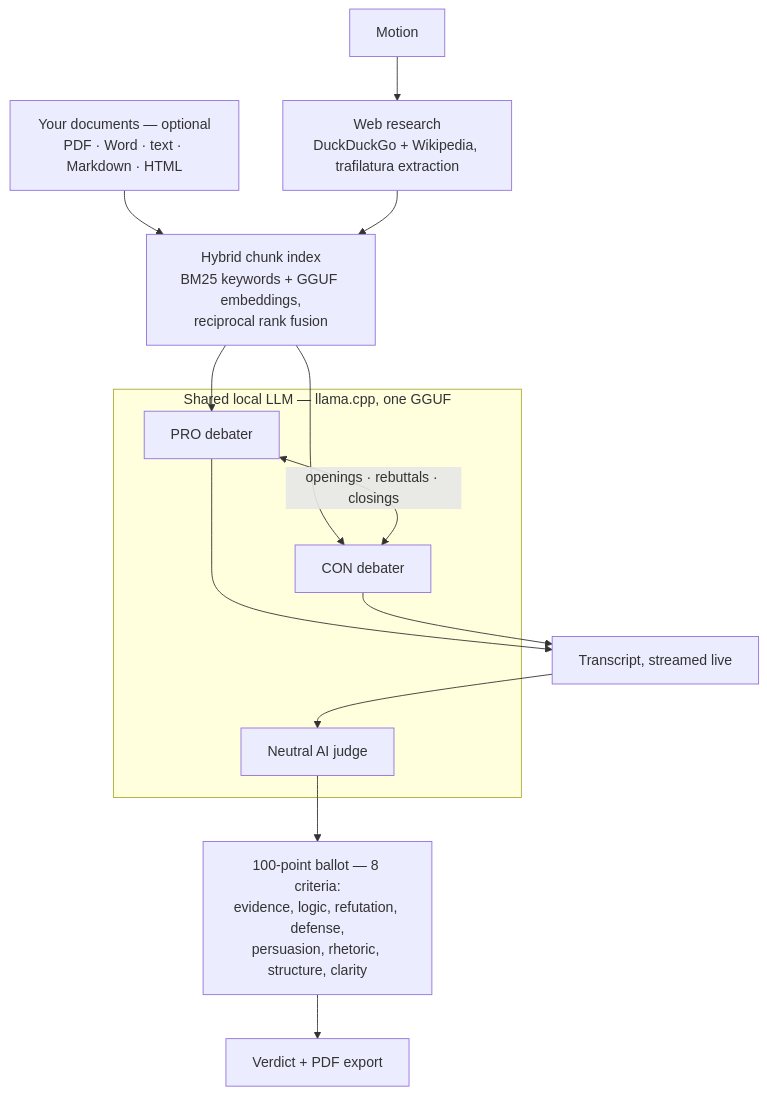
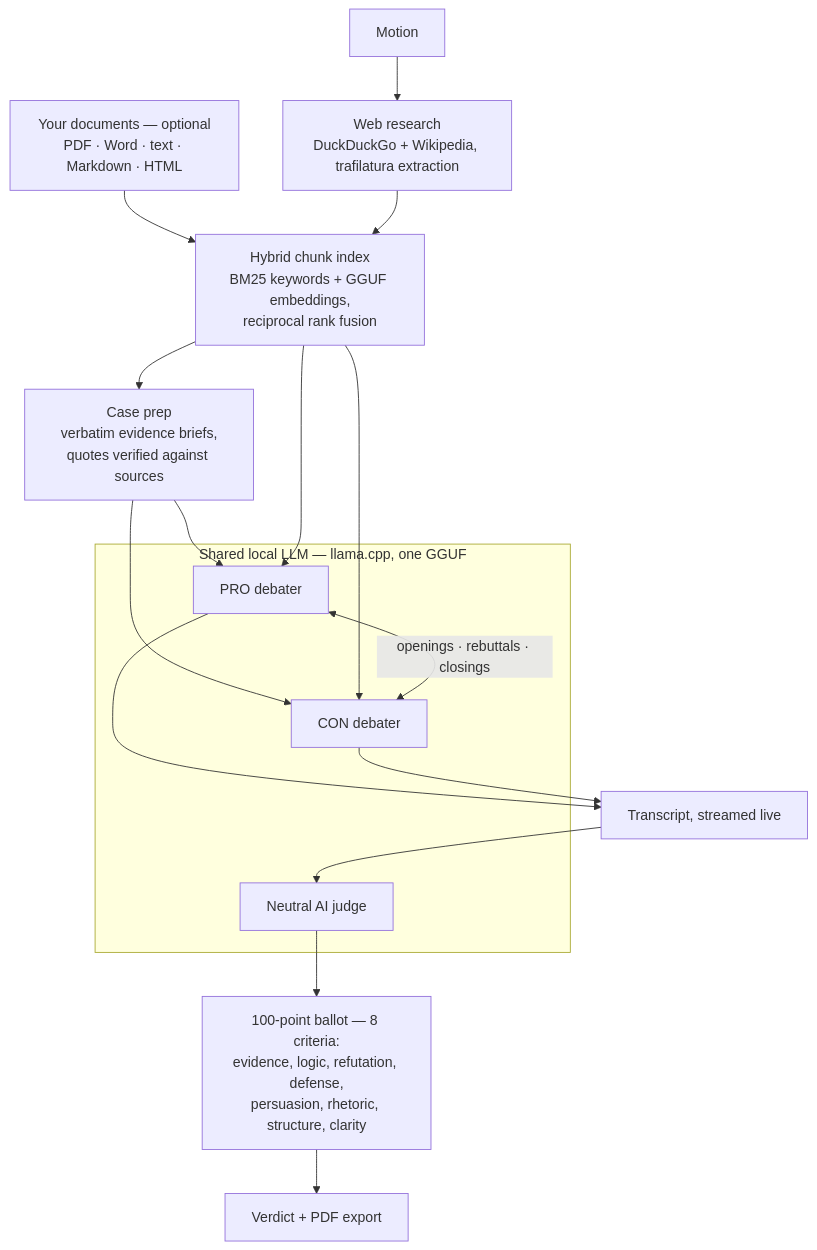
One commit to dannyblaker/AI-debate-arena changed the diagram in README.md. Above: the diagram before and after it, drawn with Mermaid. The commit also changed other lines of this file and 8 other files, not shown here.

````diff
--- a/README.md
+++ b/README.md
@@ -24,19 +24,22 @@
 ```mermaid
 flowchart TD
     topic["Motion"] --> research["Web research<br/>DuckDuckGo + Wikipedia, trafilatura extraction"]
     docs["Your documents — optional<br/>PDF · Word · text · Markdown · HTML"] --> index
     research --> index["Hybrid chunk index<br/>BM25 keywords + GGUF embeddings,<br/>reciprocal rank fusion"]
+    index --> briefs["Case prep<br/>verbatim evidence briefs,<br/>quotes verified against sources"]
+    briefs --> pro
+    briefs --> con
     index --> pro
     index --> con
     subgraph llm["Shared local LLM — llama.cpp, one GGUF"]
         pro["PRO debater"]
         con["CON debater"]
         judge["Neutral AI judge"]
     end
     pro <-- "openings · rebuttals · closings" --> con
     pro --> transcript["Transcript, streamed live"]
     con --> transcript
     transcript --> judge
     judge --> verdict["100-point ballot — 8 criteria:<br/>evidence, logic, refutation, defense,<br/>persuasion, rhetoric, structure, clarity"]
     verdict --> export["Verdict + PDF export"]
 ```
````
